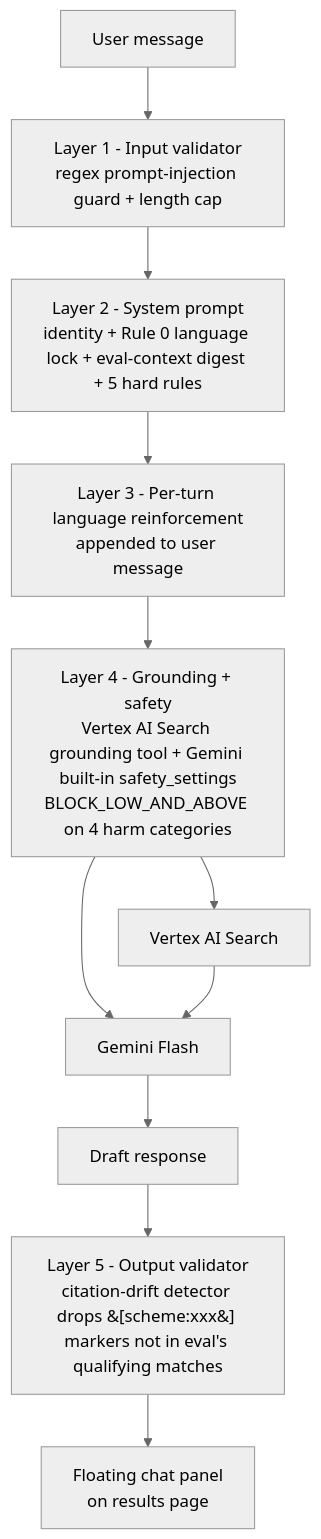
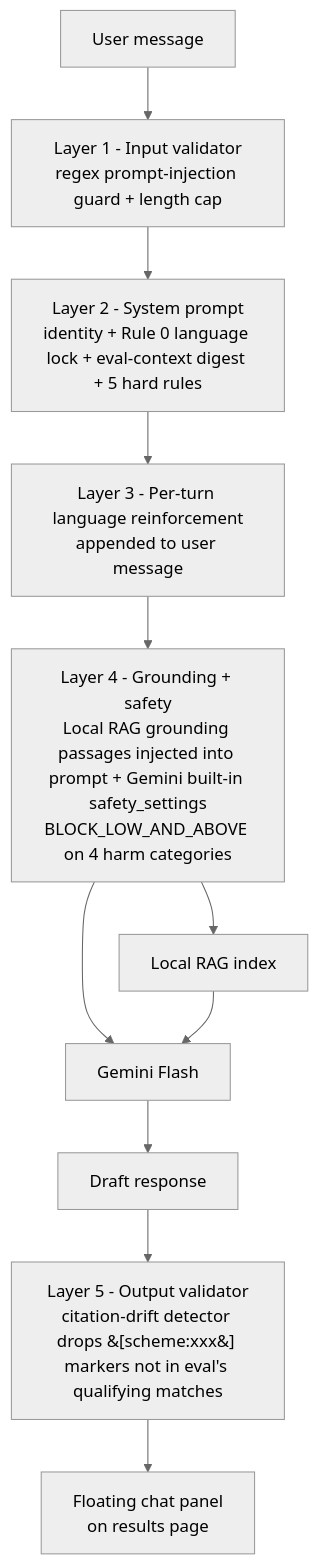
One commit to AlaskanTuna/Layak changed the fourth of 8 diagrams in README.md. Above: the diagram before and after it, drawn with Mermaid (neutral theme). The commit also changed other lines of this file, not shown here.

Commit message:
docs: rewrite README and CLAUDE.md for free-tier stack (Gemini API key, local RAG, Vercel+Render)

````diff
--- a/README.md
+++ b/README.md
@@ -211,13 +211,13 @@
 ```mermaid
 graph TD
     User[User message] --> L1[Layer 1 - Input validator<br/>regex prompt-injection guard + length cap]
     L1 --> L2[Layer 2 - System prompt<br/>identity + Rule 0 language lock + eval-context digest + 5 hard rules]
     L2 --> L3[Layer 3 - Per-turn language reinforcement<br/>appended to user message]
-    L3 --> L4[Layer 4 - Grounding + safety<br/>Vertex AI Search grounding tool + Gemini built-in safety_settings<br/>BLOCK_LOW_AND_ABOVE on 4 harm categories]
+    L3 --> L4[Layer 4 - Grounding + safety<br/>Local RAG grounding passages injected into prompt + Gemini built-in safety_settings<br/>BLOCK_LOW_AND_ABOVE on 4 harm categories]
     L4 --> Gemini[Gemini Flash]
-    L4 --> Search[Vertex AI Search]
+    L4 --> Search[Local RAG index]
     Search --> Gemini
     Gemini --> Draft[Draft response]
     Draft --> L5[Layer 5 - Output validator<br/>citation-drift detector drops &#91;scheme:xxx&#93; markers not in eval's qualifying matches]
     L5 --> Panel[Floating chat panel<br/>on results page]
 ```
````
